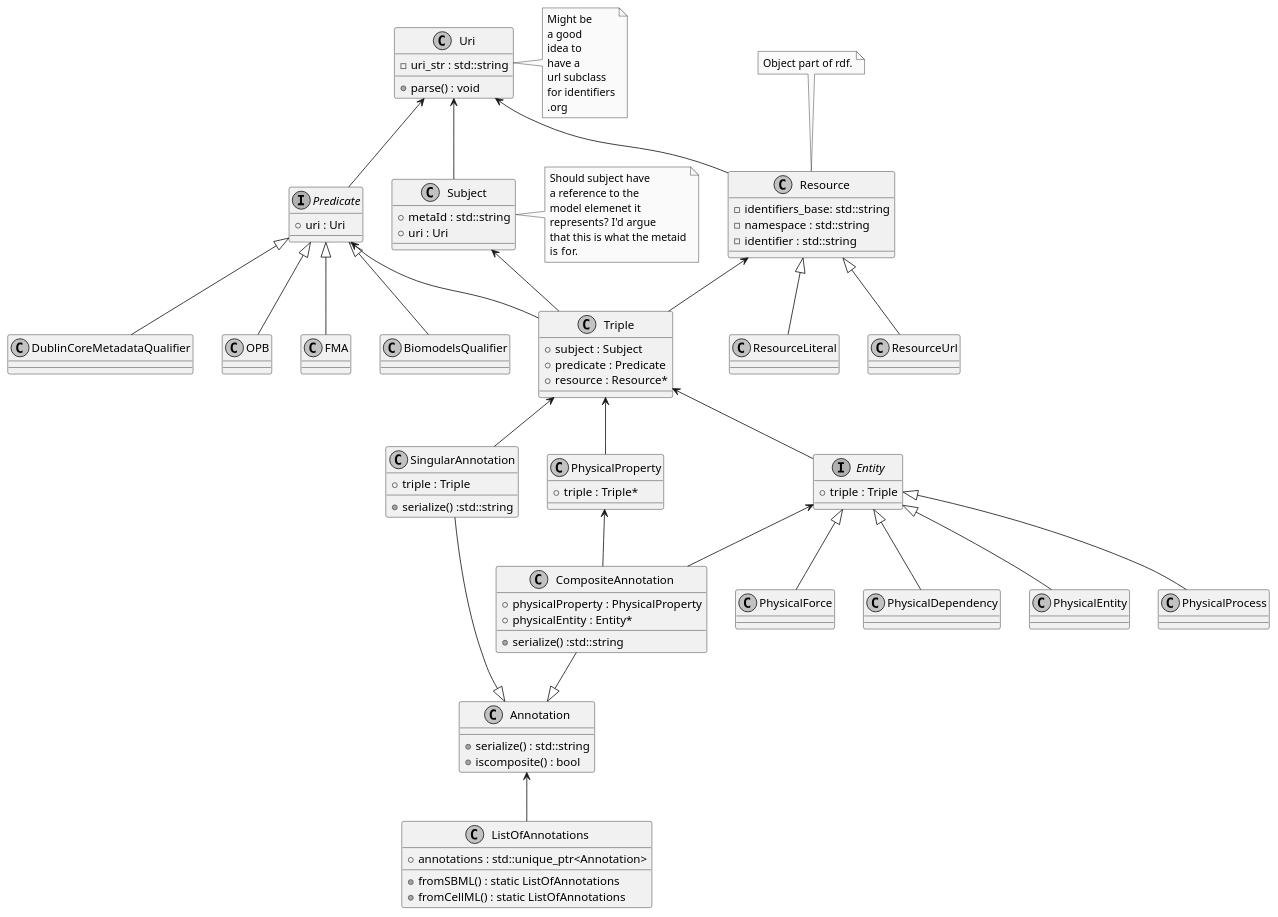
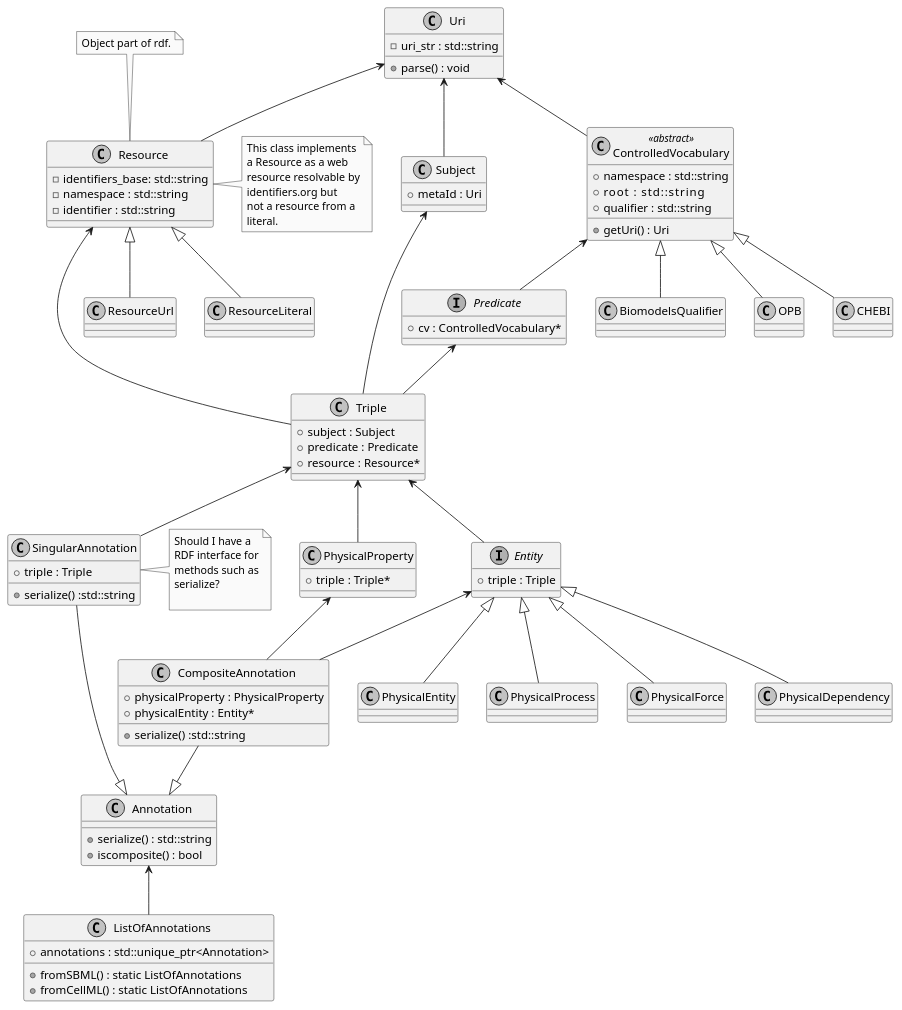
The diagram in Design/CiaransDesign.puml (sys-bio/libOmexMeta), drawn with PlantUML before and after one commit. The commit also changed 10 other files, not shown here.

Commit message:
added controlled vocabulary class as super class for biomodels qualifiers etc. Including tests. Added abstract base for classes which implement rdf serialisation

```diff
--- a/Design/CiaransDesign.puml
+++ b/Design/CiaransDesign.puml
@@ -1,177 +1,187 @@
 @startuml
 skinparam monochrome true
 
 'Base class for all annotations
 class Annotation {
     + serialize() : std::string
     + iscomposite() : bool
 }
 'Q) Conceptually, could we use an isa relationshop between singular annotation and Triple?
 
 'Should these be strings??
 'each attribute here should themselves be an annotation unit?
 'class ModelLevelAnnotation {
 '    + pubmedID : Triple
 '    + author : Triple
 '    + description : Triple
 '}
 '
 'Triple <-- ModelLevelAnnotation
 'SingularAnnotation <|-- ModelLevelAnnotation
 
 class SingularAnnotation {
     + triple : Triple
     + serialize() :std::string
 }
+note right of SingularAnnotation
+    Should I have a
+    RDF interface for
+    methods such as
+    serialize?
+
+end note
 
 'Not sure what type the physicalEntity / physicalProperty should have.
 'Not sure what the physicalEntity should be called.
 'From section 2.27 of omex metadata spec: physical entity, process, force or dependency that bears the physical property.
 class CompositeAnnotation {
     + physicalProperty : PhysicalProperty
     + physicalEntity : Entity*
     + serialize() :std::string
 }
 
 SingularAnnotation --|> Annotation
 CompositeAnnotation --|> Annotation
 Triple <-- SingularAnnotation
 
 
 'Its possible this may serve as feedback for Max's document. The way its currently
 'structured, leads us to think model level, semantic, non-semantic and composite
 'annotations are separate types of annotation. Is this the case? Or are model level
 'annotations also singular/composite annotations? From this document, the relationship
 'between these types of annotation are not completly clear
 
 'AnnotationBase <|-- SingularAnnotation
 'AnnotationBase <|-- CompositeAnnotation
 
 'Should there be some kind of interface to the identifiers.org website?
 class Uri {
     - uri_str : std::string
     + parse() : void
 }
 
-note right of Uri
-    Might be
-    a good
-    idea to
-    have a
-    url subclass
-    for identifiers
-    .org
-end note
-
 class Subject {
-    + metaId : std::string
-    + uri : Uri
+    + metaId : Uri
 }
-note left of Subject
-    Should subject have
-    a reference to the
-    model elemenet it
-    represents? I'd argue
-    that this is what the metaid
-    is for.
-end note
 
 interface Predicate {
-    + uri : Uri
+    + cv : ControlledVocabulary*
 }
+class ControlledVocabulary <<abstract>> {
+    + namespace : std::string
+    + root      : std::string
+    + qualifier : std::string
+    + getUri() : Uri
+}
+ControlledVocabulary <-- Predicate
+Uri <-- ControlledVocabulary
+
+class BiomodelsQualifier {}
+class OPB {}
+class CHEBI {}
+ControlledVocabulary <|-- BiomodelsQualifier
+ControlledVocabulary <|-- OPB
+ControlledVocabulary <|-- CHEBI
+
 
 class Resource {
     - identifiers_base: std::string
     - namespace : std::string
     - identifier : std::string
 }
-
+note right of Resource
+    This class implements
+    a Resource as a web
+    resource resolvable by
+    identifiers.org but
+    not a resource from a
+    literal.
+end note
 class ResourceUrl {}
 
 class ResourceLiteral {}
 
 Resource <|-- ResourceUrl
 Resource <|-- ResourceLiteral
 
 note top of Resource
     Object part of rdf.
 end note
 
 
 class Triple {
     + subject : Subject
     + predicate : Predicate
     + resource : Resource*
 }
 
 Subject <-- Triple
 Predicate <-- Triple
 Resource <-- Triple
 
 
 Uri <-- Subject
-Uri <-- Predicate
 Uri <-- Resource
 
 'Triple <-- AnnotationBase
-
-class BiomodelsQualifier {
-
-}
-
-class DublinCoreMetadataQualifier {
-
-}
-
-class OPB {
-
-}
-
-class FMA {
-
-}
-
-Predicate <|-- BiomodelsQualifier
-Predicate <|-- DublinCoreMetadataQualifier
-Predicate <|-- OPB
-Predicate <|-- FMA
+'
+'class BiomodelsQualifier {
+'
+'}
+'
+'class DublinCoreMetadataQualifier {
+'
+'}
+'
+'class OPB {
+'
+'}
+'
+'class FMA {
+'
+'}
+'
+'Predicate <|-- BiomodelsQualifier
+'Predicate <|-- DublinCoreMetadataQualifier
+'Predicate <|-- OPB
+'Predicate <|-- FMA
 
 
 
 class PhysicalProperty {
     + triple : Triple*
 }
 Triple <-- PhysicalProperty
 
 interface Entity {
     + triple : Triple
 }
 Triple <-- Entity
 
 class PhysicalEntity {}
 class PhysicalProcess {}
 class PhysicalForce {}
 class PhysicalDependency {}
 
 Entity <|-- PhysicalEntity
 Entity <|-- PhysicalProcess
 Entity <|-- PhysicalForce
 Entity <|-- PhysicalDependency
 
 Entity <-- CompositeAnnotation
 PhysicalProperty <-- CompositeAnnotation
 
 
 class ListOfAnnotations {
     + annotations : std::unique_ptr<Annotation>
     + fromSBML() : static ListOfAnnotations
     + fromCellML() : static ListOfAnnotations
 }
 
 Annotation <-- ListOfAnnotations
 
 
 
 
 
 @enduml
```
